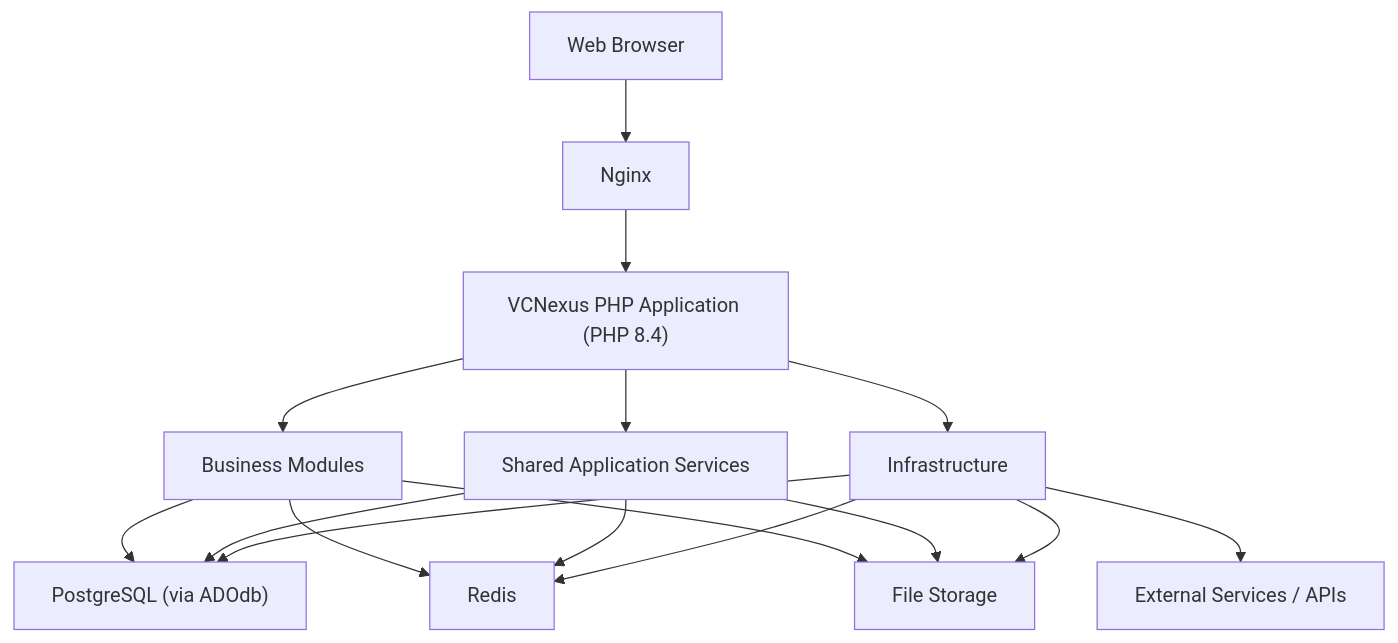
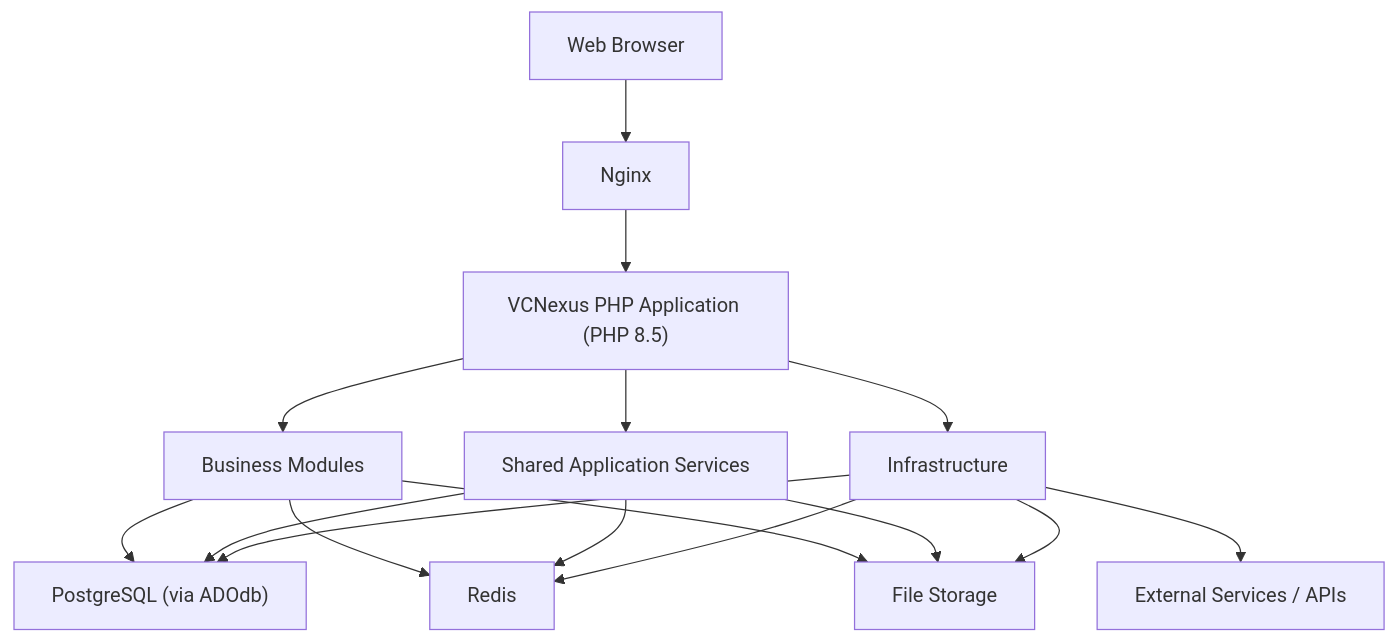
The first of 21 diagrams in docs/full-reference.md (vinicius-g-cordeiro/vcnexus), drawn with Mermaid before and after one commit. The commit also changed other lines of this file and 14 other files, not shown here.

````diff
--- a/docs/full-reference.md
+++ b/docs/full-reference.md
@@ -30,24 +30,24 @@
 ```mermaid
 flowchart TB
     CLIENT["Web Browser"]
 
     CLIENT --> NGINX["Nginx"]
-    NGINX --> APP["VCNexus PHP Application (PHP 8.4)"]
+    NGINX --> APP["VCNexus PHP Application (PHP 8.5)"]
 
     APP --> MODULES["Business Modules"]
     APP --> SHARED["Shared Application Services"]
     APP --> INFRA["Infrastructure"]
 
     MODULES --> DB["PostgreSQL (via ADOdb)"]
     MODULES --> REDIS["Redis"]
     MODULES --> STORAGE["File Storage"]
 
     SHARED --> DB
     SHARED --> REDIS
     SHARED --> STORAGE
 
     INFRA --> DB
     INFRA --> REDIS
     INFRA --> STORAGE
     INFRA --> EXT["External Services / APIs"]
 ```
````
